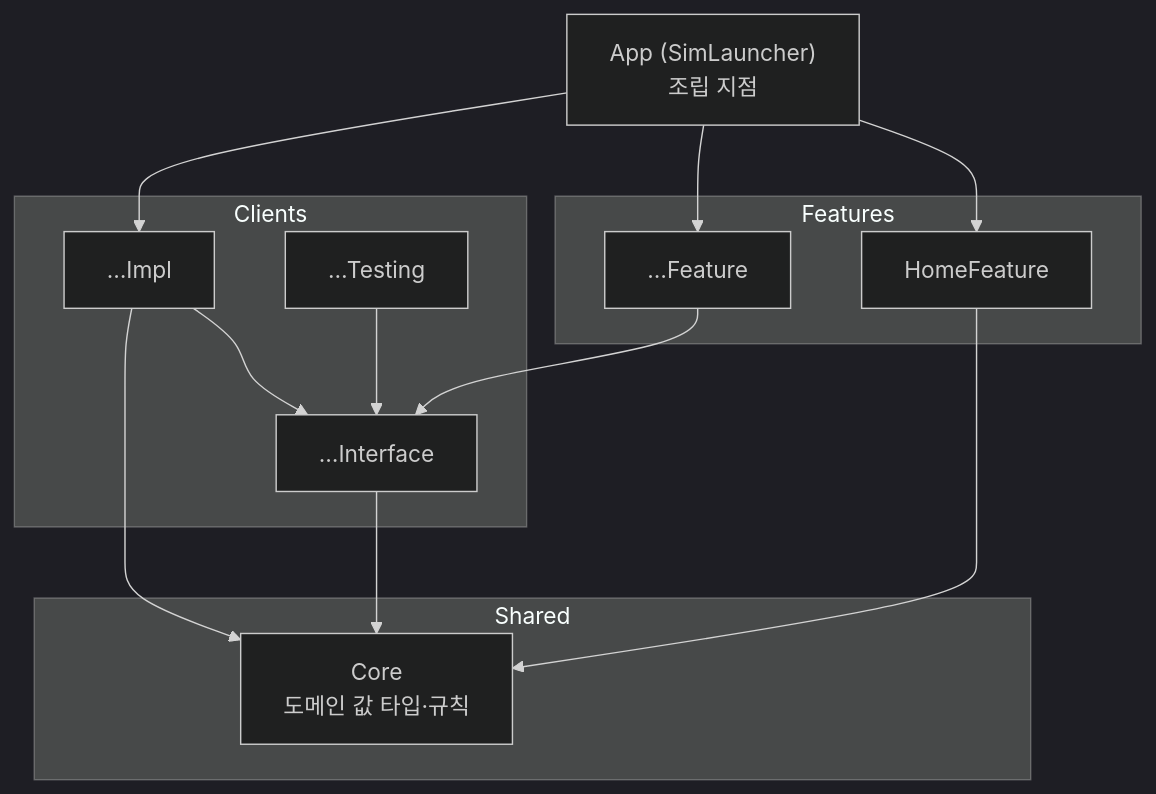
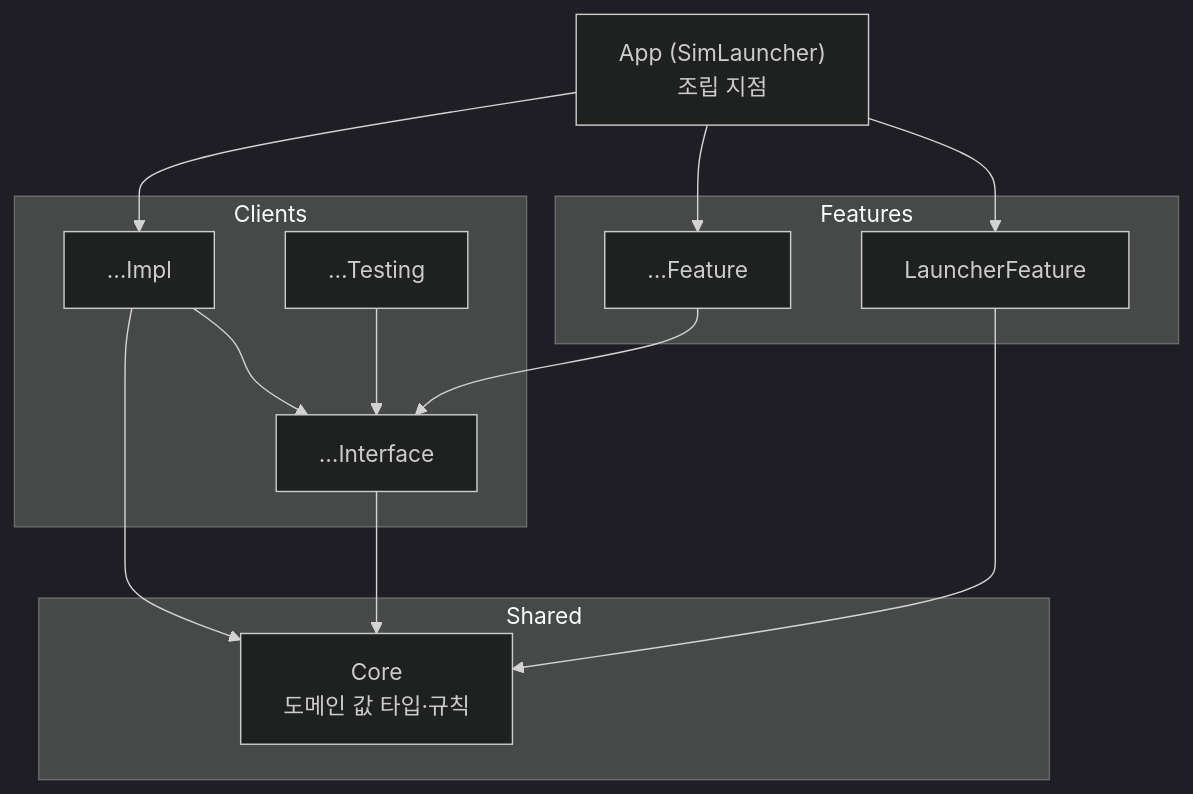
One commit to zopandagom/simlauncher-macos changed the second of 2 diagrams in docs/ARCHITECTURE.md. Above: the diagram before and after it, drawn with Mermaid (dark theme). The commit also changed other lines of this file, not shown here.

Commit message:
docs: ARCHITECTURE 의 Home 예시를 Launcher 로 변경
코드 이름 변경 후 문서의 예시가 실제 타입과 어긋나지 않게 맞춘다.

- `docs/ARCHITECTURE.md`: App 조립 예시 코드(`LauncherView(model:
  self.launcherModel)`)와 의존 방향 mermaid 도표의 `Home` 노드를
  `Launcher`/`LauncherFeature` 로 바꿨다.

````diff
--- a/docs/ARCHITECTURE.md
+++ b/docs/ARCHITECTURE.md
@@ -65,23 +65,23 @@
 ```mermaid
 flowchart TD
     App["App (SimLauncher)<br/>조립 지점"]
     subgraph Features
-      Home["HomeFeature"]
+      Launcher["LauncherFeature"]
       Other["…Feature"]
     end
     subgraph Clients
       XI["…Interface"]
       XImpl["…Impl"]
       XT["…Testing"]
     end
     subgraph Shared
       Core["Core<br/>도메인 값 타입·규칙"]
     end
 
-    App --> Home & Other
+    App --> Launcher & Other
     App --> XImpl
     Other --> XI
     XImpl --> XI
     XT --> XI
-    Home & XI & XImpl --> Core
+    Launcher & XI & XImpl --> Core
 ```
````
